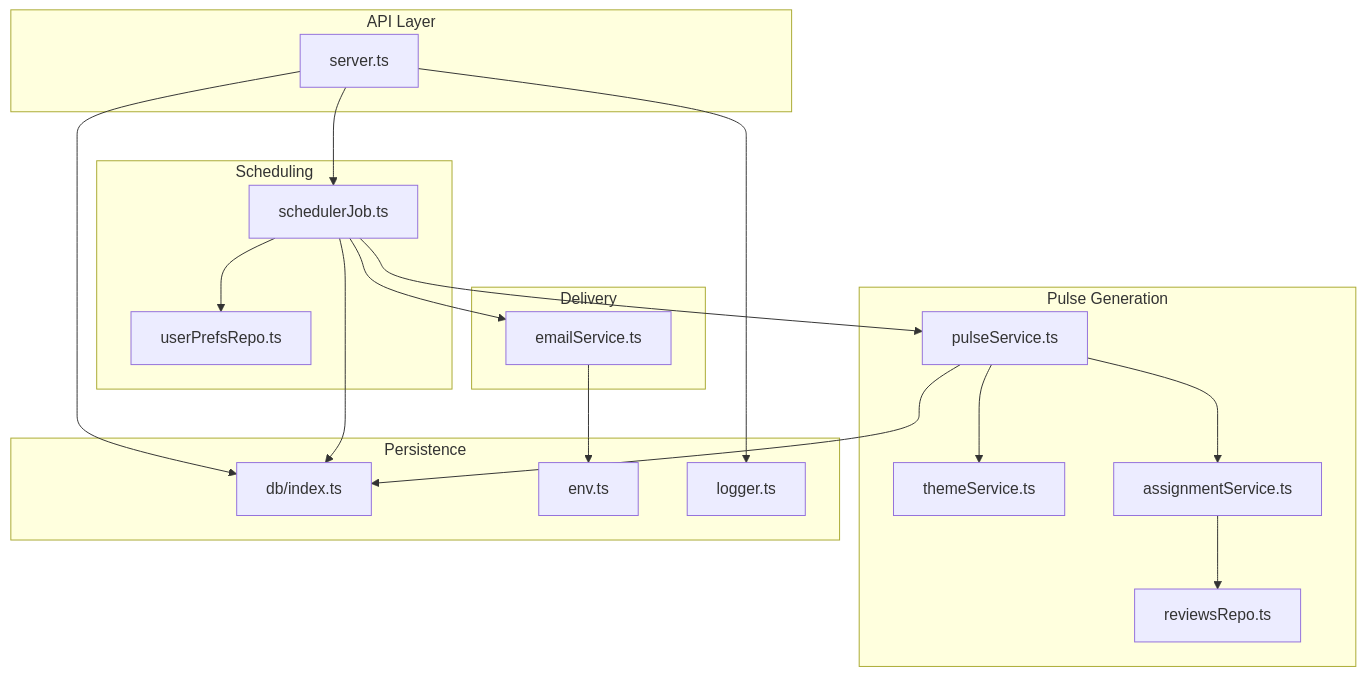
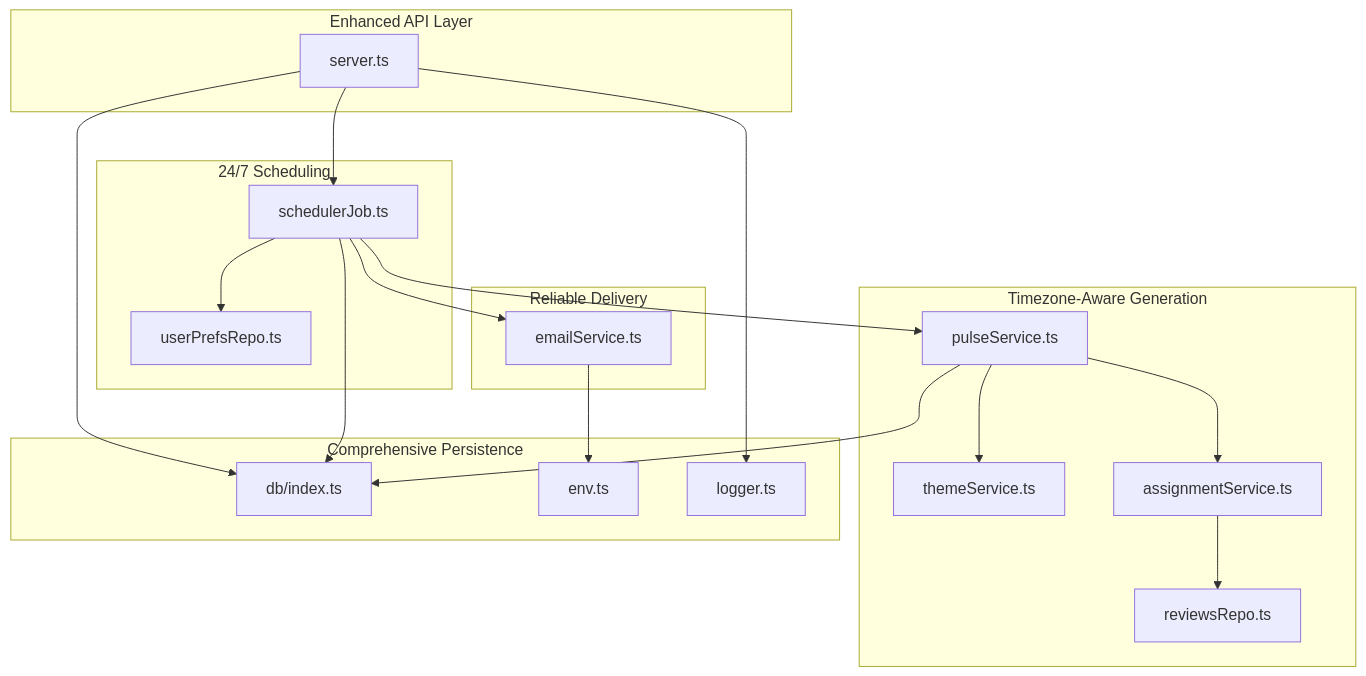
The first of 9 diagrams in .qoder/repowiki/en/content/Phase 2_ Advanced Analytics & Automation/Automated Job Scheduling.md (aravinthraj-ramalingam/Groww-App-Review-Insights-Analyzer-), drawn with Mermaid before and after one commit. The commit also changed other lines of this file and 11 other files, not shown here.

````diff
--- a/.qoder/repowiki/en/content/Phase 2_ Advanced Analytics & Automation/Automated Job Scheduling.md
+++ b/.qoder/repowiki/en/content/Phase 2_ Advanced Analytics & Automation/Automated Job Scheduling.md
@@ -52,36 +62,36 @@
 ```mermaid
 graph TB
-subgraph "API Layer"
+subgraph "Enhanced API Layer"
 Srv["server.ts"]
 end
-subgraph "Scheduling"
+subgraph "24/7 Scheduling"
 SJ["schedulerJob.ts"]
 UPR["userPrefsRepo.ts"]
 end
-subgraph "Pulse Generation"
+subgraph "Timezone-Aware Generation"
 PS["pulseService.ts"]
 TS["themeService.ts"]
 AS["assignmentService.ts"]
 RR["reviewsRepo.ts"]
 end
-subgraph "Delivery"
+subgraph "Reliable Delivery"
 ES["emailService.ts"]
 end
-subgraph "Persistence"
+subgraph "Comprehensive Persistence"
 DB["db/index.ts"]
 CFG["env.ts"]
 LOG["logger.ts"]
 end
 Srv --> SJ
 SJ --> UPR
 SJ --> PS
 PS --> TS
 PS --> AS
 AS --> RR
 SJ --> ES
 SJ --> DB
 PS --> DB
 ES --> CFG
 Srv --> DB
 Srv --> LOG
 ```
````
